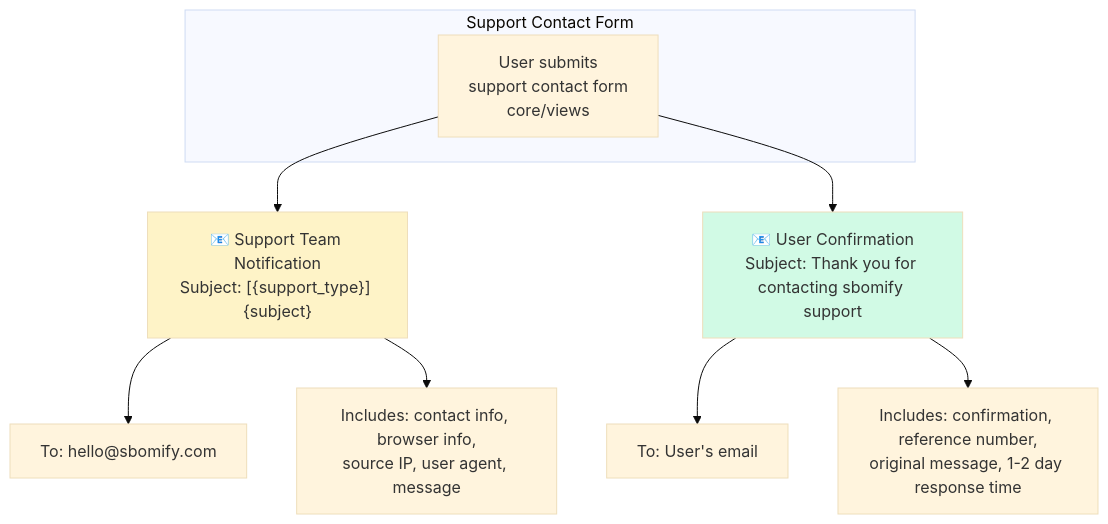
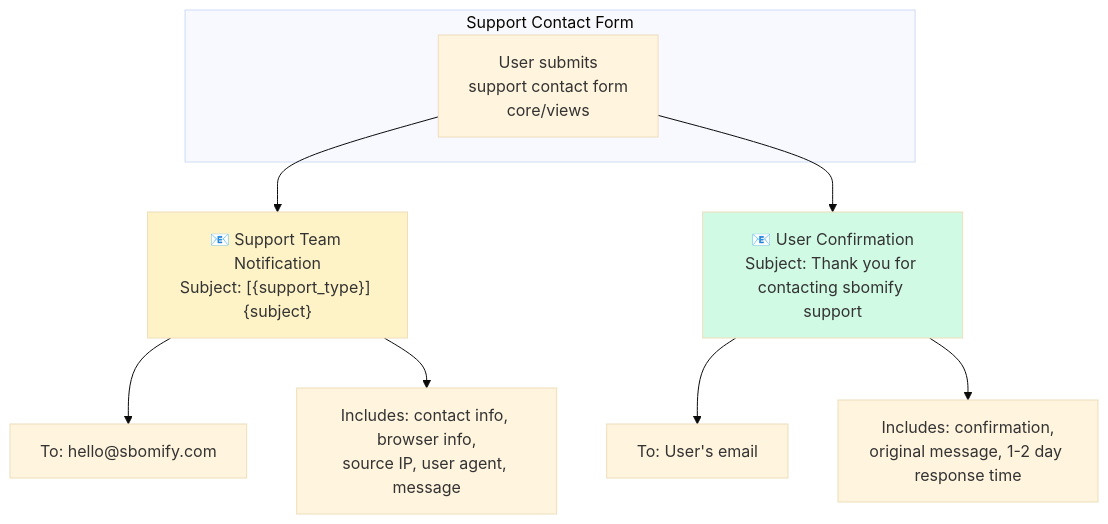
Before and after one commit to sbomify/sbomify: the seventh of 7 diagrams in docs/email-triggers.md, drawn with Mermaid (base theme). The commit also changed other lines of this file, not shown here.

Commit message:
fix: resolve remaining Copilot review feedback on email-triggers doc
Remove incorrect reference number claim from support contact diagram
(code does not generate one). Replace vague "Adaptive" subject in
combined component/SBOM email with the actual subject strings from code.

````diff
--- a/docs/email-triggers.md
+++ b/docs/email-triggers.md
@@ -250,18 +250,18 @@
 ```mermaid
 flowchart TD
     subgraph "Support Contact Form"
         F1[User submits\nsupport contact form\ncore/views]
     end
 
     F1 --> E1["📧 Support Team Notification\nSubject: [{support_type}] {subject}"]
     F1 --> E2["📧 User Confirmation\nSubject: Thank you for contacting sbomify support"]
 
     E1 --> R1["To: hello@sbomify.com"]
     E2 --> R2["To: User's email"]
 
     E1 --> D1["Includes: contact info, browser info,\nsource IP, user agent, message"]
-    E2 --> D2["Includes: confirmation, reference number,\noriginal message, 1-2 day response time"]
+    E2 --> D2["Includes: confirmation,\noriginal message, 1-2 day response time"]
 
     style E1 fill:#fef3c7
     style E2 fill:#d1fae5
 ```
````
